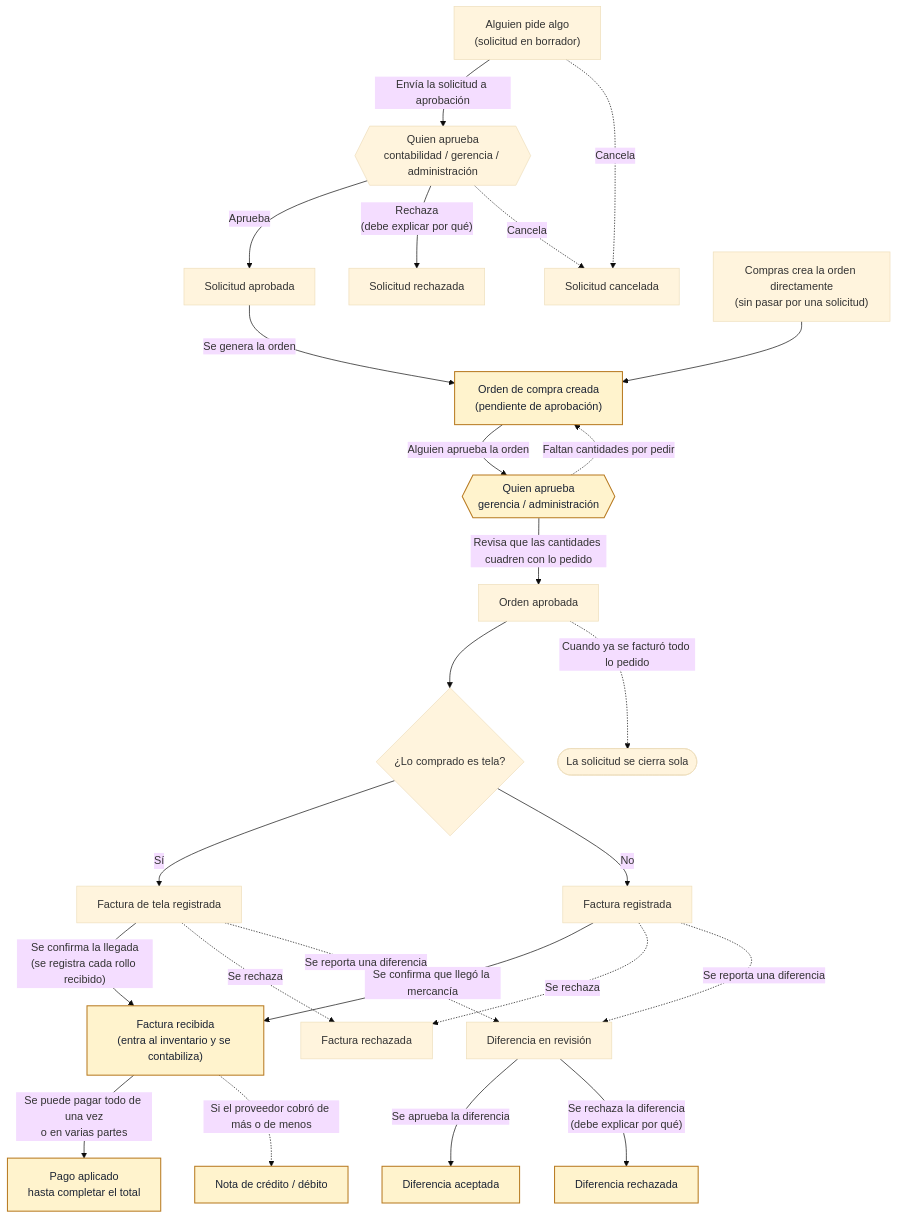
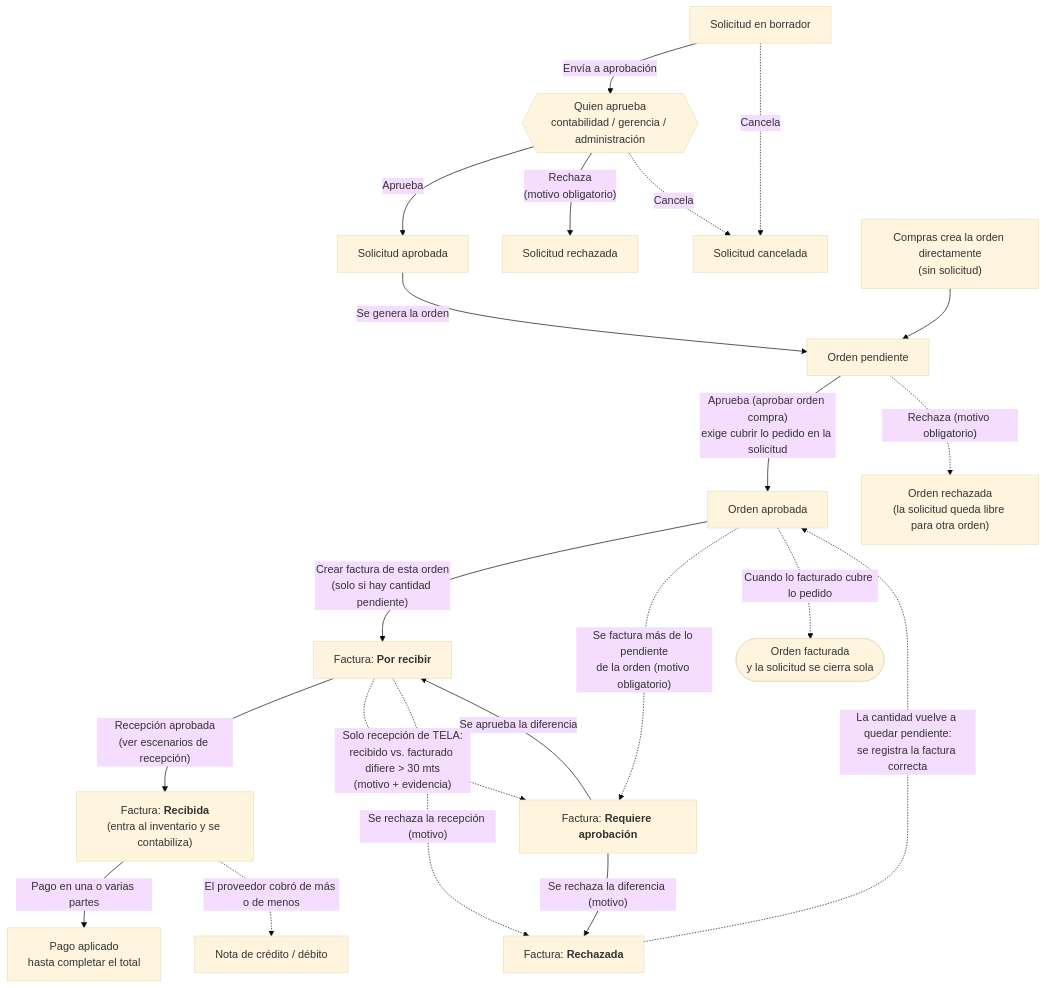
Before and after one commit to Analista-tic/soft_olamtex: the diagram in docs/compras/flujo-compras-diagrama.md, drawn with Mermaid (base theme). The commit also changed other lines of this file and 16 other files, not shown here.

First line of the commit message:
feat(compras): trazabilidad de documentos, estado unico de factura y validaciones

````diff
--- a/docs/compras/flujo-compras-diagrama.md
+++ b/docs/compras/flujo-compras-diagrama.md
@@ -5,33 +7,28 @@
 ```mermaid
 flowchart TD
-    A["Alguien pide algo<br/>(solicitud en borrador)"] -->|Envía la solicitud a aprobación| B{{Quien aprueba<br/>contabilidad / gerencia / administración}}
+    A["Solicitud en borrador"] -->|Envía a aprobación| B{{Quien aprueba<br/>contabilidad / gerencia / administración}}
     B -->|Aprueba| C["Solicitud aprobada"]
-    B -->|"Rechaza<br/>(debe explicar por qué)"| R1["Solicitud rechazada"]
+    B -->|"Rechaza<br/>(motivo obligatorio)"| R1["Solicitud rechazada"]
     A -.->|Cancela| X1["Solicitud cancelada"]
     B -.->|Cancela| X1
 
-    C -->|Se genera la orden| D["Orden de compra creada<br/>(pendiente de aprobación)"]
-    D2["Compras crea la orden directamente<br/>(sin pasar por una solicitud)"] --> D
-    D -->|Alguien aprueba la orden| E{{Quien aprueba<br/>gerencia / administración}}
-    E -->|Revisa que las cantidades cuadren con lo pedido| F["Orden aprobada"]
-    E -.->|Faltan cantidades por pedir| D
+    C -->|Se genera la orden| D["Orden pendiente"]
+    D2["Compras crea la orden directamente<br/>(sin solicitud)"] --> D
+    D -->|"Aprueba (aprobar orden compra)<br/>exige cubrir lo pedido en la solicitud"| F["Orden aprobada"]
+    D -.->|"Rechaza (motivo obligatorio)"| R3["Orden rechazada<br/>(la solicitud queda libre para otra orden)"]
 
-    F --> Q{"¿Lo comprado es tela?"}
-    Q -->|Sí| G2["Factura de tela registrada"]
-    Q -->|No| G["Factura registrada"]
-    G -->|Se confirma que llegó la mercancía| H["Factura recibida<br/>(entra al inventario y se contabiliza)"]
-    G2 -->|"Se confirma la llegada<br/>(se registra cada rollo recibido)"| H
-    G -.->|Se rechaza| R2["Factura rechazada"]
-    G2 -.->|Se rechaza| R2
-    G -.->|Se reporta una diferencia| I["Diferencia en revisión"]
-    G2 -.->|Se reporta una diferencia| I
-    I -->|Se aprueba la diferencia| J["Diferencia aceptada"]
-    I -->|"Se rechaza la diferencia<br/>(debe explicar por qué)"| K["Diferencia rechazada"]
+    F -->|"Crear factura de esta orden<br/>(solo si hay cantidad pendiente)"| G["Factura: <b>Por recibir</b>"]
+    F -.->|"Se factura más de lo pendiente<br/>de la orden (motivo obligatorio)"| I["Factura: <b>Requiere aprobación</b>"]
+    I -->|"Se aprueba la diferencia"| G
+    I -->|"Se rechaza la diferencia (motivo)"| K["Factura: <b>Rechazada</b>"]
 
-    H -->|"Se puede pagar todo de una vez<br/>o en varias partes"| L["Pago aplicado<br/>hasta completar el total"]
-    H -.->|Si el proveedor cobró de más o de menos| N["Nota de crédito / débito"]
-    F -.->|"Cuando ya se facturó todo lo pedido"| M(["La solicitud se cierra sola"])
+    G -->|"Recepción aprobada<br/>(ver escenarios de recepción)"| H["Factura: <b>Recibida</b><br/>(entra al inventario y se contabiliza)"]
+    G -.->|"Solo recepción de TELA:<br/>recibido vs. facturado difiere > 30 mts<br/>(motivo + evidencia)"| I
+    G -.->|"Se rechaza la recepción (motivo)"| K
 
-    class D,E,H,L,J,K,N fixed
-    classDef fixed fill:#fff3cd,stroke:#b7791f,stroke-width:1.5px,color:#1b2333;
+    K -.->|"La cantidad vuelve a quedar pendiente:<br/>se registra la factura correcta"| F
+
+    H -->|"Pago en una o varias partes"| L["Pago aplicado<br/>hasta completar el total"]
+    H -.->|"El proveedor cobró de más o de menos"| N["Nota de crédito / débito"]
+    F -.->|"Cuando lo facturado cubre lo pedido"| M(["Orden facturada<br/>y la solicitud se cierra sola"])
 ```
````
